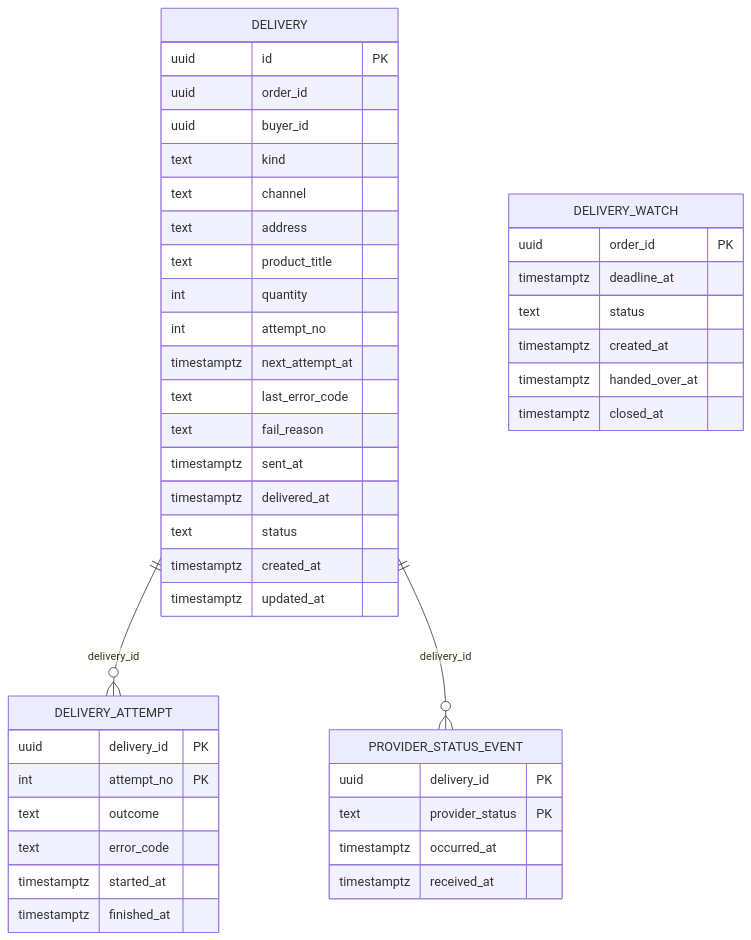
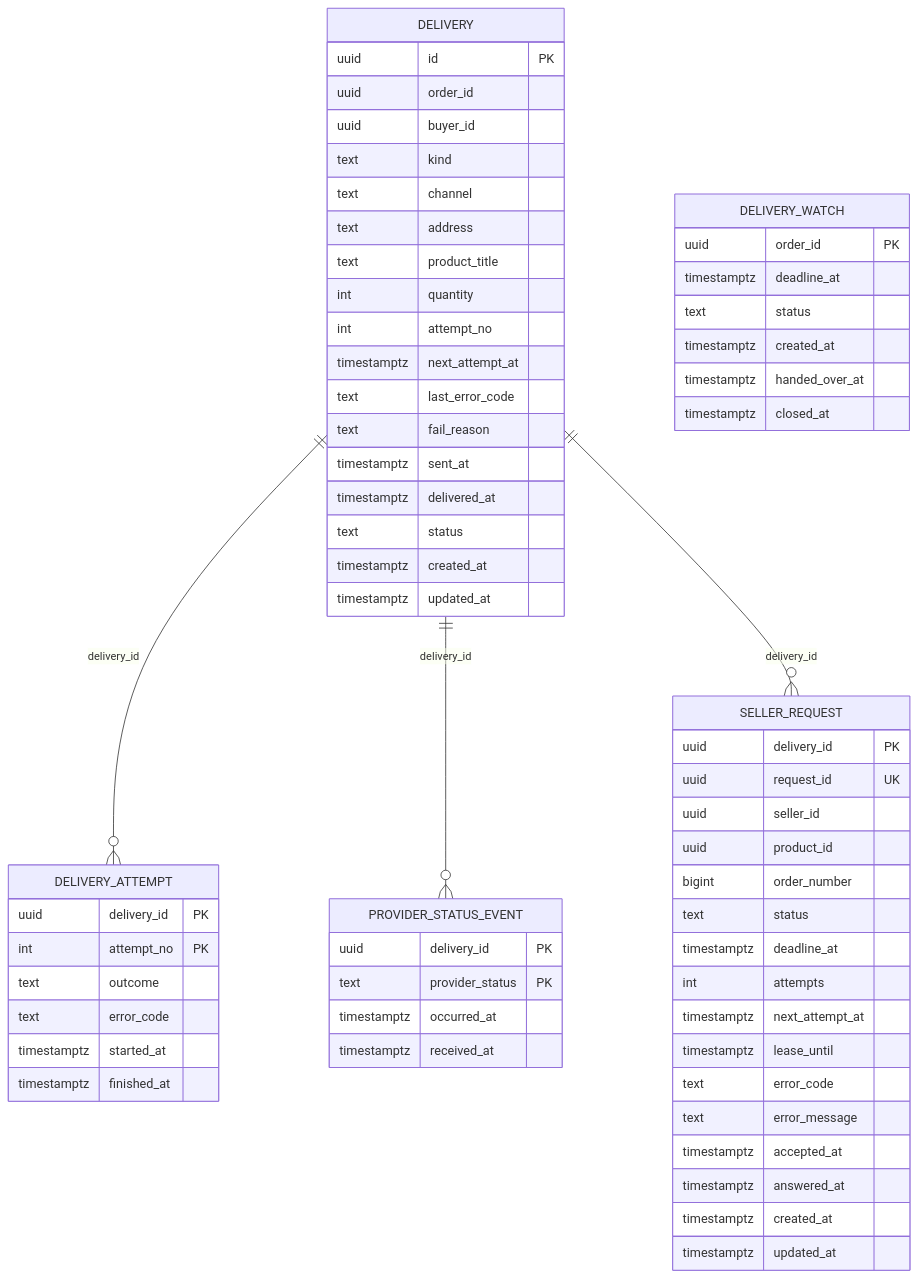
One commit to Lapin143/digital-goods-marketplace changed the diagram in docs/07-data/delivery-service-schema.md. Above: the diagram before and after it, drawn with Mermaid. The commit also changed other lines of this file and 34 other files, not shown here.

````diff
--- a/docs/07-data/delivery-service-schema.md
+++ b/docs/07-data/delivery-service-schema.md
@@ -17,46 +17,65 @@
 ```mermaid
 erDiagram
     DELIVERY {
         uuid id PK
         uuid order_id
         uuid buyer_id
         text kind
         text channel
         text address
         text product_title
         int quantity
         int attempt_no
         timestamptz next_attempt_at
         text last_error_code
         text fail_reason
         timestamptz sent_at
         timestamptz delivered_at
         text status
         timestamptz created_at
         timestamptz updated_at
     }
     DELIVERY_ATTEMPT {
         uuid delivery_id PK
         int attempt_no PK
         text outcome
         text error_code
         timestamptz started_at
         timestamptz finished_at
     }
     DELIVERY_WATCH {
         uuid order_id PK
         timestamptz deadline_at
         text status
         timestamptz created_at
         timestamptz handed_over_at
         timestamptz closed_at
     }
     PROVIDER_STATUS_EVENT {
         uuid delivery_id PK
         text provider_status PK
         timestamptz occurred_at
         timestamptz received_at
     }
+    SELLER_REQUEST {
+        uuid delivery_id PK
+        uuid request_id UK
+        uuid seller_id
+        uuid product_id
+        bigint order_number
+        text status
+        timestamptz deadline_at
+        int attempts
+        timestamptz next_attempt_at
+        timestamptz lease_until
+        text error_code
+        text error_message
+        timestamptz accepted_at
+        timestamptz answered_at
+        timestamptz created_at
+        timestamptz updated_at
+    }
     DELIVERY ||--o{ DELIVERY_ATTEMPT : "delivery_id"
     DELIVERY ||--o{ PROVIDER_STATUS_EVENT : "delivery_id"
+    DELIVERY ||--o{ SELLER_REQUEST : "delivery_id"
 ```
````
